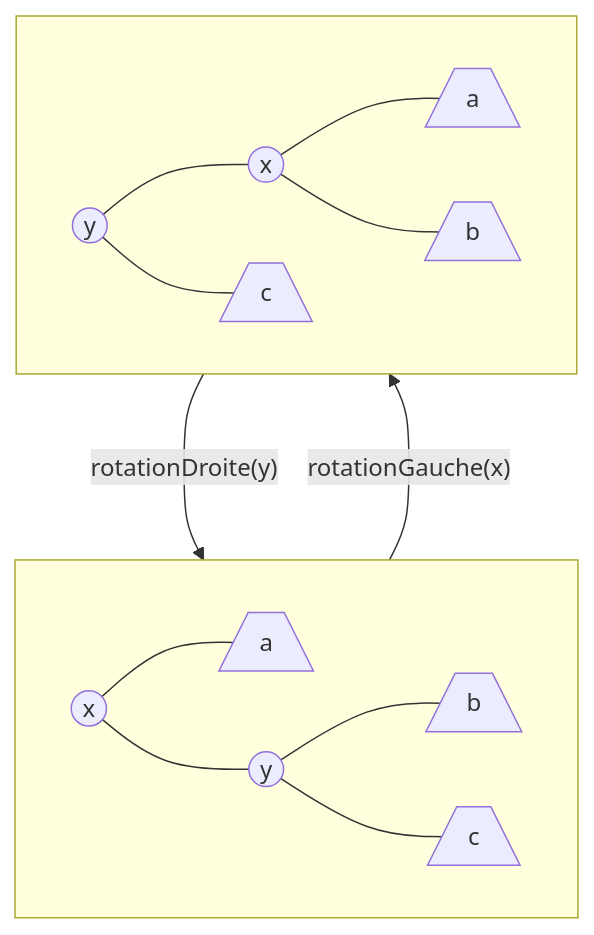
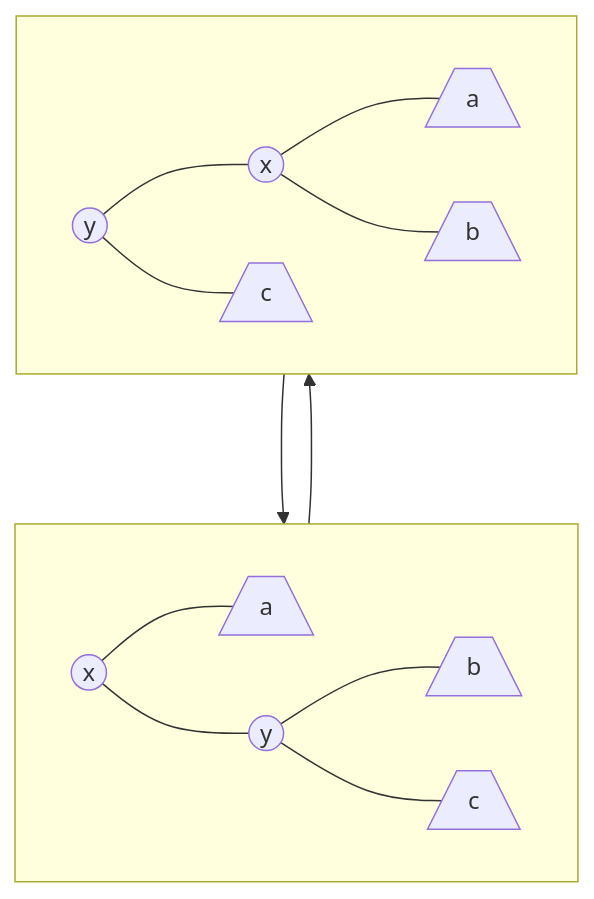
One commit to Kechidi/TP1 changed the third of 3 diagrams in cours/black-red-trees.md. Above: the diagram before and after it, drawn with Mermaid. The commit also changed other lines of this file, not shown here.

Commit message:
Pb figure

````diff
--- a/cours/black-red-trees.md
+++ b/cours/black-red-trees.md
@@ -106,15 +106,15 @@
 ```mermaid
 flowchart TD
   subgraph s1[ ]
   x1((x)) --- a1[/a\] & y1((y))
   y1 --- b1[/b\] & c1[/c\]
   end
 
   subgraph s2[ ]
   y2((y)) --- x2((x)) & c2[/c\]
   x2 --- a[/a\] & b[/b\]
   end
 
-  s1 --->|"rotationGauche(x)"| s2
-  s2 --->|"rotationDroite(y)"| s1
+  s1 ---> s2
+  s2 ---> s1
   ```
````
